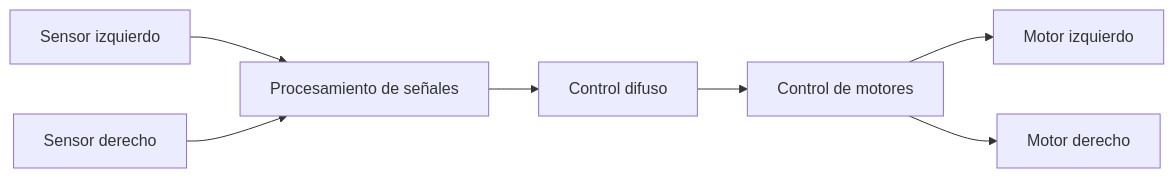
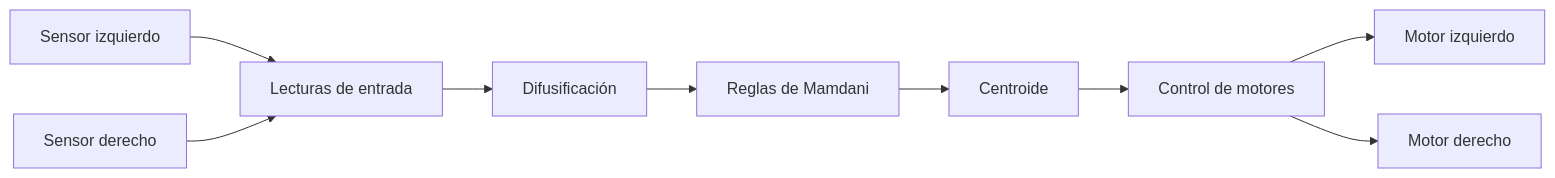
Before and after one commit to DasReyxr/STM32F-CAR: the diagram in JP_Carro/readme.md, drawn with Mermaid. The commit also changed other lines of this file, not shown here.

````diff
--- a/JP_Carro/readme.md
+++ b/JP_Carro/readme.md
@@ -16,9 +24,11 @@
 ```mermaid
 flowchart LR
-    A[Sensor izquierdo] --> B[Procesamiento de señales]
+    A[Sensor izquierdo] --> B[Lecturas de entrada]
     C[Sensor derecho] --> B
-    B --> D[Control difuso]
-    D --> E[Control de motores]
-    E --> F[Motor izquierdo]
-    E --> G[Motor derecho]
+    B --> D[Difusificación]
+    D --> E[Reglas de Mamdani]
+    E --> F[Centroide]
+    F --> G[Control de motores]
+    G --> H[Motor izquierdo]
+    G --> I[Motor derecho]
 ```
````
